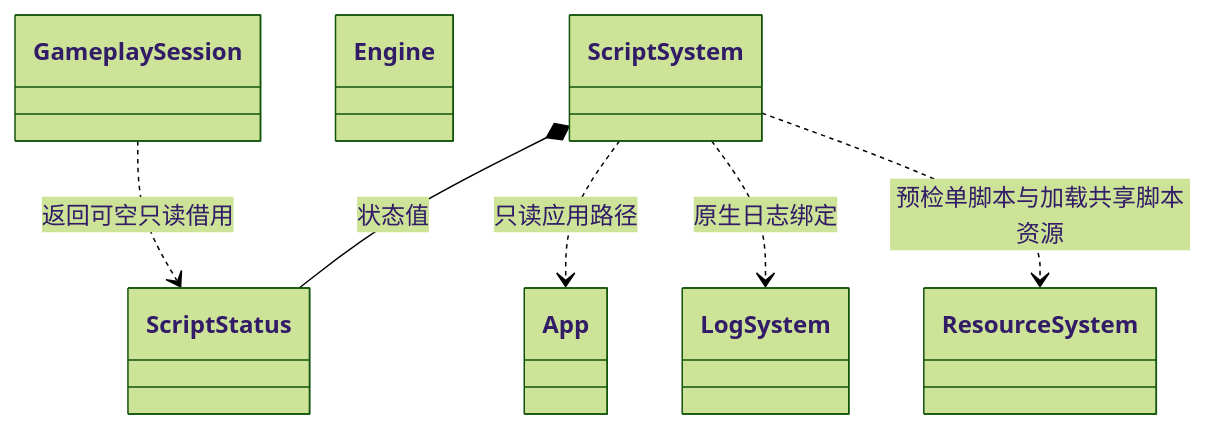
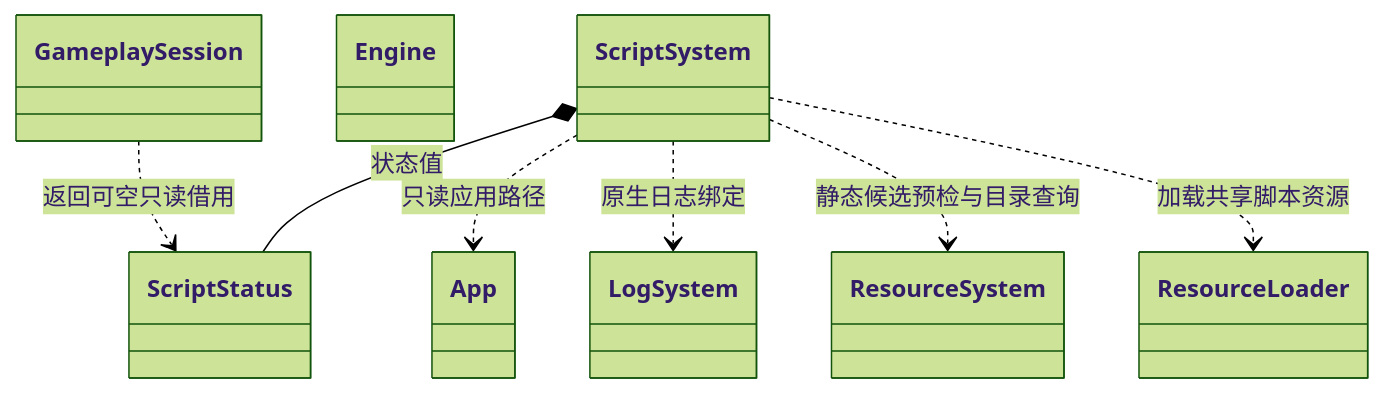
One commit to lcals/Engine changed the eighth of 27 diagrams in docs/class-diagrams/references.md. Above: the diagram before and after it, drawn with Mermaid (forest theme). The commit also changed other lines of this file and 194 other files, not shown here.

````diff
--- a/docs/class-diagrams/references.md
+++ b/docs/class-diagrams/references.md
@@ -235,16 +239,18 @@
 ```mermaid
 classDiagram
     direction TB
     class ScriptSystem
     class ScriptStatus
     class App
     class LogSystem
     class ResourceSystem
     class Engine
     ScriptSystem *-- ScriptStatus : 状态值
     ScriptSystem ..> App : 只读应用路径
     ScriptSystem ..> LogSystem : 原生日志绑定
-    ScriptSystem ..> ResourceSystem : 预检单脚本与加载共享脚本资源
+    class ResourceLoader
+    ScriptSystem ..> ResourceSystem : 静态候选预检与目录查询
+    ScriptSystem ..> ResourceLoader : 加载共享脚本资源
     class GameplaySession
     GameplaySession ..> ScriptStatus : 返回可空只读借用
 ```
````
